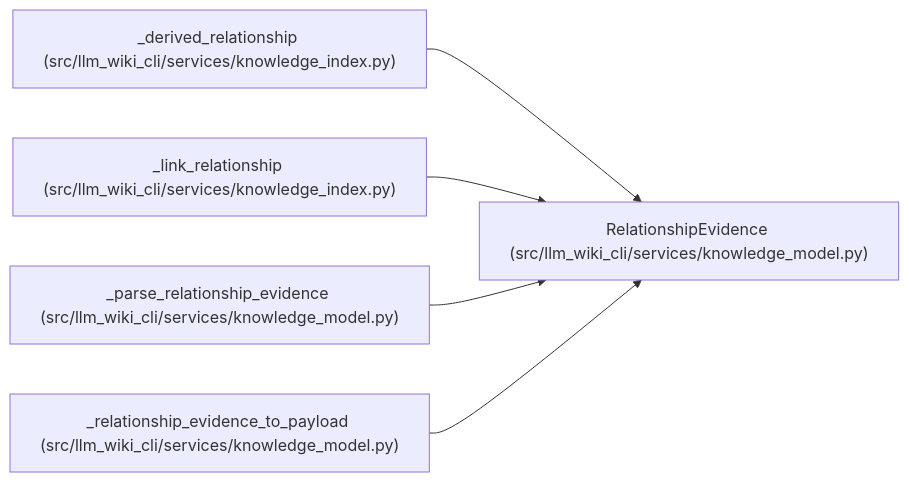
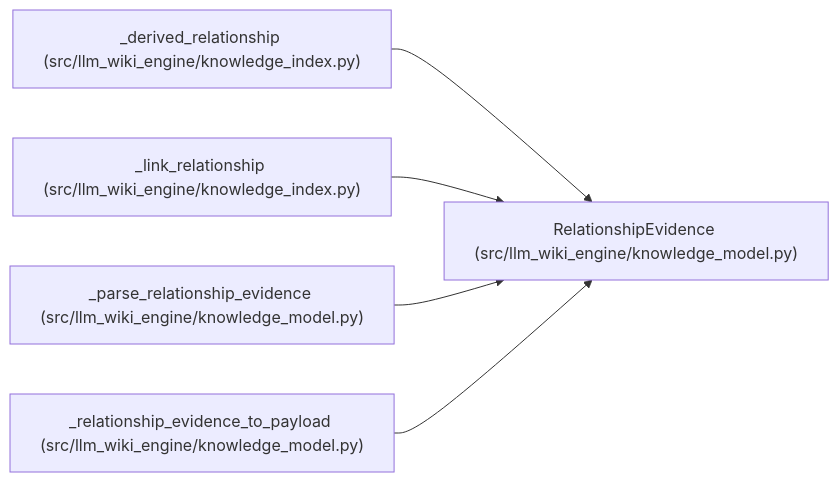
The diagram in docs/llm_wiki/entities/RelationshipEvidence.md (Denissvgn/python-wiki-llm), drawn with Mermaid before and after one commit. The commit also changed other lines of this file and 1058 other files, not shown here.

First line of the commit message:
docs: refresh the wiki for the knowledge store move

````diff
--- a/docs/llm_wiki/entities/RelationshipEvidence.md
+++ b/docs/llm_wiki/entities/RelationshipEvidence.md
@@ -32,17 +32,17 @@
 ```mermaid
 flowchart LR
-    n0["RelationshipEvidence (src/llm_wiki_cli/services/knowledge_model.py)"]
-    n1["_derived_relationship (src/llm_wiki_cli/services/knowledge_index.py)"]
-    n2["_link_relationship (src/llm_wiki_cli/services/knowledge_index.py)"]
-    n3["_parse_relationship_evidence (src/llm_wiki_cli/services/knowledge_model.py)"]
-    n4["_relationship_evidence_to_payload (src/llm_wiki_cli/services/knowledge_model.py)"]
+    n0["RelationshipEvidence (src/llm_wiki_engine/knowledge_model.py)"]
+    n1["_derived_relationship (src/llm_wiki_engine/knowledge_index.py)"]
+    n2["_link_relationship (src/llm_wiki_engine/knowledge_index.py)"]
+    n3["_parse_relationship_evidence (src/llm_wiki_engine/knowledge_model.py)"]
+    n4["_relationship_evidence_to_payload (src/llm_wiki_engine/knowledge_model.py)"]
     n1 --> n0
     n2 --> n0
     n3 --> n0
     n4 --> n0
     click n0 "../modules/knowledge_model.md"
     click n1 "../modules/knowledge_index.md"
     click n2 "../modules/knowledge_index.md"
     click n3 "../modules/knowledge_model.md"
     click n4 "../modules/knowledge_model.md"
 ```
````
